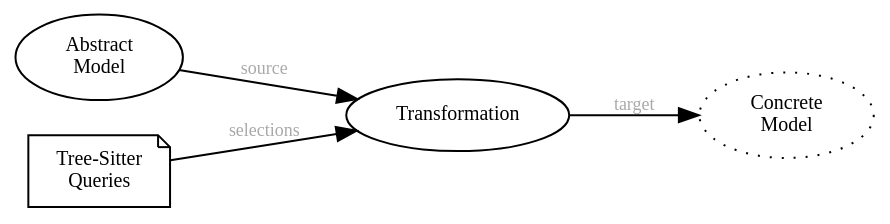
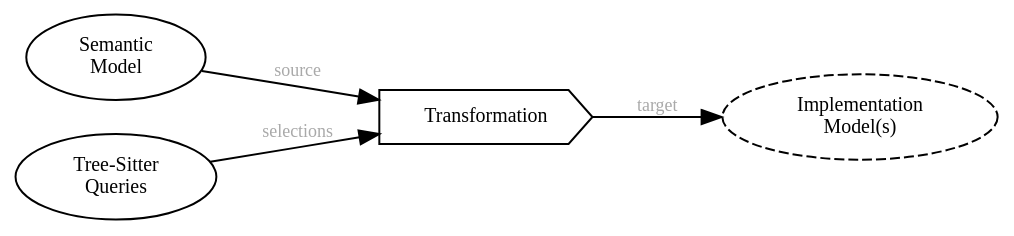
Before and after one commit to sdm-lang/tree-sitter-sdml: the second of 3 diagrams in docs/introduction.org, drawn with Graphviz. The commit also changed other lines of this file and 7 other files, not shown here.

```diff
--- a/docs/introduction.org
+++ b/docs/introduction.org
@@ -58,19 +61,17 @@
 #+BEGIN_SRC dot :file model-transforms.png :exports results
 digraph G {
   bgcolor="transparent";
   rankdir="LR";
   node [fontsize=10];
   edge [fontsize=9; fontcolor=darkgrey];
 
-  abstract [shape=ellipse; label="Abstract\nModel"];
+  semantics [shape="ellipse"; label="Semantic\nModel"];
+  transform [shape="cds"; margin="0.2,0.2"; label="Transformation"];
+  tsq [shape="ellipse"; label="Tree-Sitter\nQueries"];
+  other [shape="ellipse"; style="dashed"; label="Implementation\nModel(s)"];
 
-  transform [shape=ellipse; label="Transformation"];
-  abstract -> transform [label="source"];
-
-  tsq [shape=note; label="Tree-Sitter\nQueries"];
+  semantics -> transform [label="source"];
   tsq -> transform [label="selections"];
-
-  other [shape=ellipse; label="Concrete\nModel"; style=dotted;];
   transform -> other [label="target"];
 }
 #+END_SRC
```
